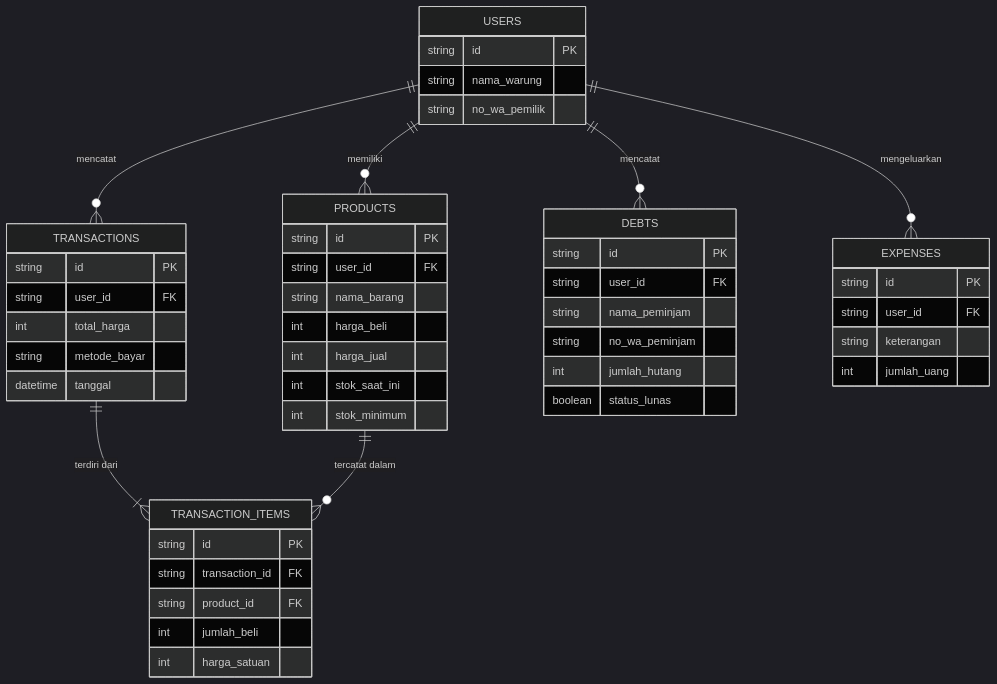
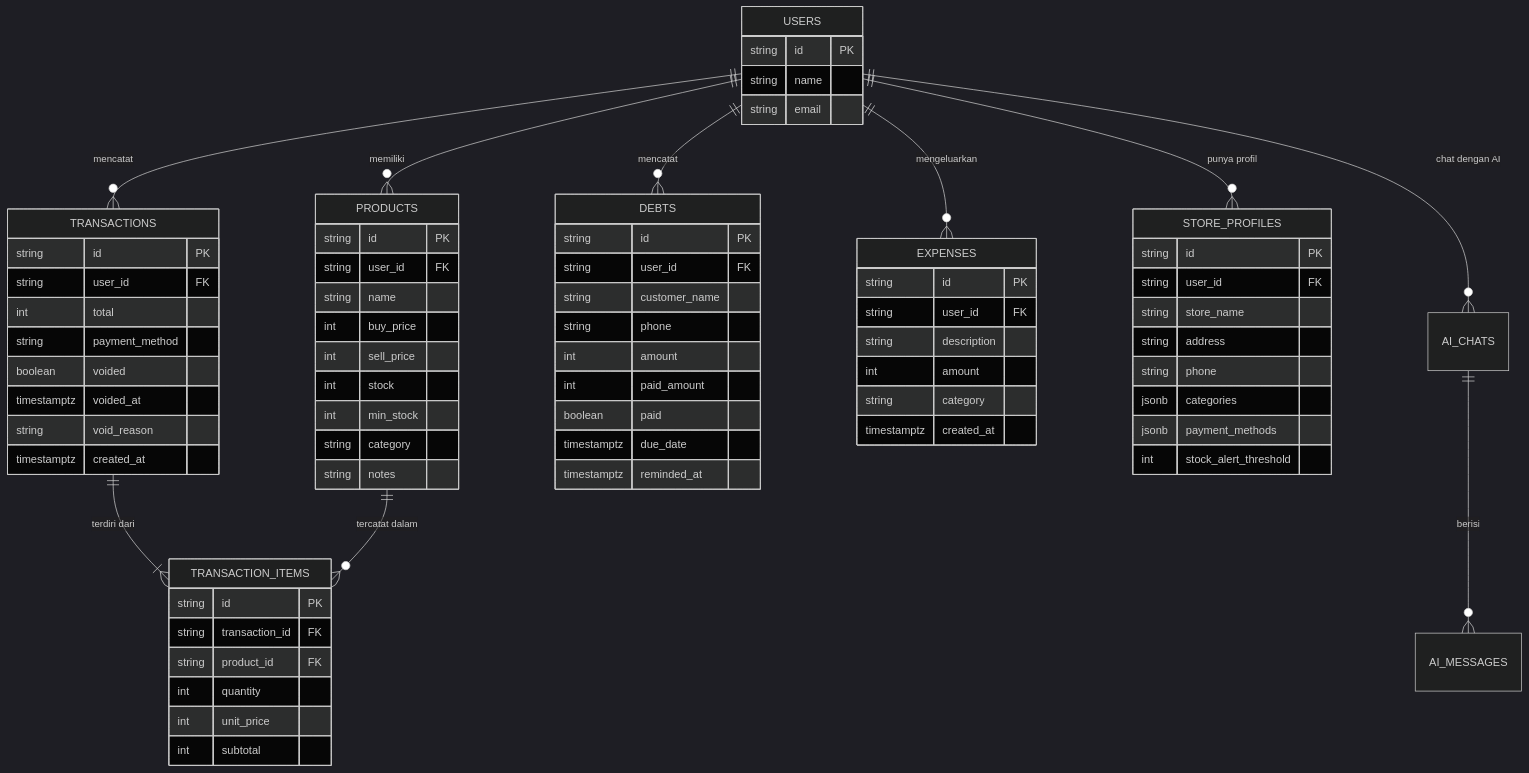
One commit to Mvixxy/WarungKu-os changed the diagram in prd.md. Above: the diagram before and after it, drawn with Mermaid (dark theme). The commit also changed other lines of this file and 1 other file, not shown here.

````diff
--- a/prd.md
+++ b/prd.md
@@ -109,53 +129,76 @@
 ```mermaid
 erDiagram
     USERS ||--o{ PRODUCTS : "memiliki"
     USERS ||--o{ TRANSACTIONS : "mencatat"
     USERS ||--o{ DEBTS : "mencatat"
     USERS ||--o{ EXPENSES : "mengeluarkan"
-    
+    USERS ||--o{ STORE_PROFILES : "punya profil"
+    USERS ||--o{ AI_CHATS : "chat dengan AI"
     TRANSACTIONS ||--|{ TRANSACTION_ITEMS : "terdiri dari"
     PRODUCTS ||--o{ TRANSACTION_ITEMS : "tercatat dalam"
+    AI_CHATS ||--o{ AI_MESSAGES : "berisi"
 
     USERS {
         string id PK
-        string nama_warung
-        string no_wa_pemilik
+        string name
+        string email
+    }
+    STORE_PROFILES {
+        string id PK
+        string user_id FK
+        string store_name
+        string address
+        string phone
+        jsonb categories
+        jsonb payment_methods
+        int stock_alert_threshold
     }
     PRODUCTS {
         string id PK
         string user_id FK
-        string nama_barang
-        int harga_beli
-        int harga_jual
-        int stok_saat_ini
-        int stok_minimum
+        string name
+        int buy_price
+        int sell_price
+        int stock
+        int min_stock
+        string category
+        string notes
     }
     TRANSACTIONS {
         string id PK
         string user_id FK
-        int total_harga
-        string metode_bayar
-        datetime tanggal
+        int total
+        string payment_method
+        boolean voided
+        timestamptz voided_at
+        string void_reason
+        timestamptz created_at
     }
     TRANSACTION_ITEMS {
         string id PK
         string transaction_id FK
         string product_id FK
-        int jumlah_beli
-        int harga_satuan
+        int quantity
+        int unit_price
+        int subtotal
     }
     DEBTS {
         string id PK
         string user_id FK
-        string nama_peminjam
-        string no_wa_peminjam
-        int jumlah_hutang
-        boolean status_lunas
+        string customer_name
+        string phone
+        int amount
+        int paid_amount
+        boolean paid
+        timestamptz due_date
+        timestamptz reminded_at
     }
     EXPENSES {
         string id PK
         string user_id FK
-        string keterangan
-        int jumlah_uang
+        string description
+        int amount
+        string category
+        timestamptz created_at
     }
 ```
````
